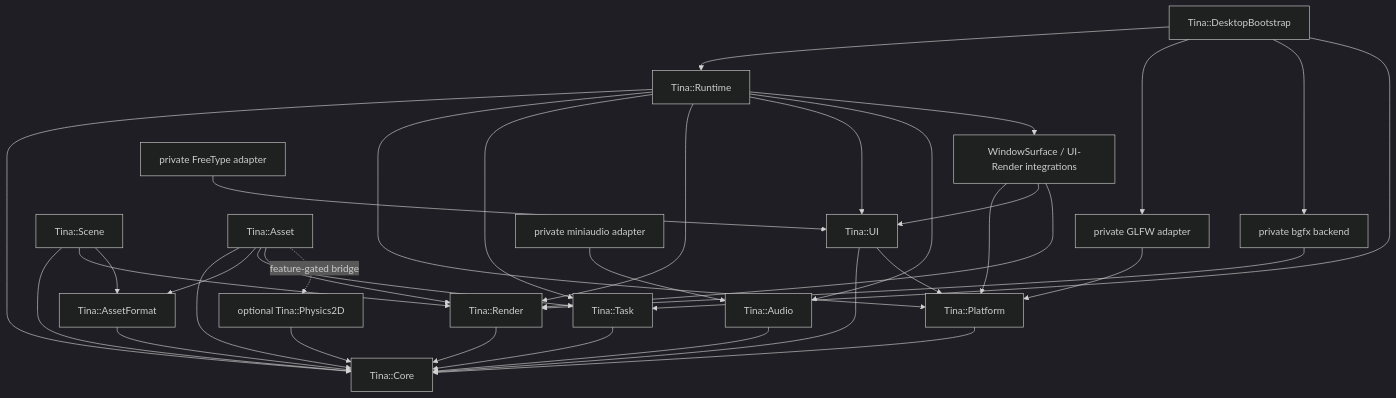
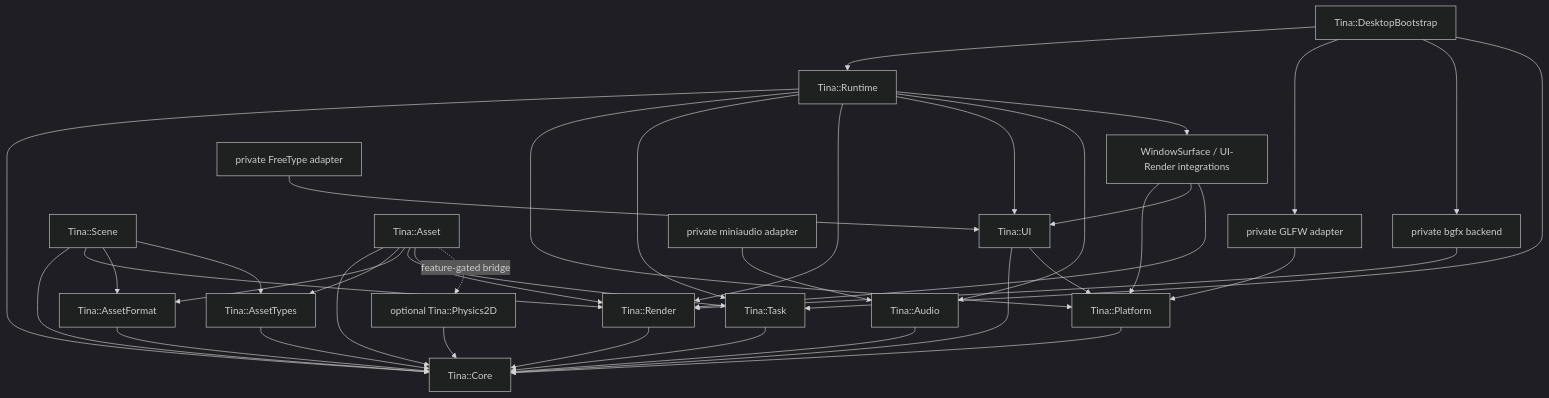
The diagram in docs/architecture.md (wuxianggujun/Tina), drawn with Mermaid (dark theme) before and after one commit. The commit also changed other lines of this file and 26 other files, not shown here.

Commit message:
feat: resolve scene sprites from asset handles

````diff
--- a/docs/architecture.md
+++ b/docs/architecture.md
@@ -20,38 +20,41 @@
 ```mermaid
 flowchart TD
     Core["Tina::Core"]
     Platform["Tina::Platform"] --> Core
     Task["Tina::Task"] --> Core
     Render["Tina::Render"] --> Core
     Audio["Tina::Audio"] --> Core
     AssetFormat["Tina::AssetFormat"] --> Core
     UI["Tina::UI"] --> Core
     UI --> Platform
     Scene["Tina::Scene"] --> Core
     Scene --> Render
     Scene --> AssetFormat
+    AssetTypes["Tina::AssetTypes"] --> Core
+    Scene --> AssetTypes
     Asset["Tina::Asset"] --> Core
+    Asset --> AssetTypes
     Asset --> AssetFormat
     Asset --> Task
     Asset --> Render
     Runtime["Tina::Runtime"] --> Core
     Runtime --> Platform
     Runtime --> Task
     Runtime --> Render
     Runtime --> UI
     Runtime --> Audio
     Integrations["WindowSurface / UI-Render integrations"] --> Platform
     Integrations --> UI
     Integrations --> Render
     Runtime --> Integrations
     Desktop["Tina::DesktopBootstrap"] --> Runtime
     Glfw["private GLFW adapter"] --> Platform
     Bgfx["private bgfx backend"] --> Render
     FreeType["private FreeType adapter"] --> UI
     Miniaudio["private miniaudio adapter"] --> Audio
     Desktop --> Glfw
     Desktop --> Bgfx
     Desktop --> Task
     Physics2D["optional Tina::Physics2D"] --> Core
     Asset -. "feature-gated bridge" .-> Physics2D
 ```
````
